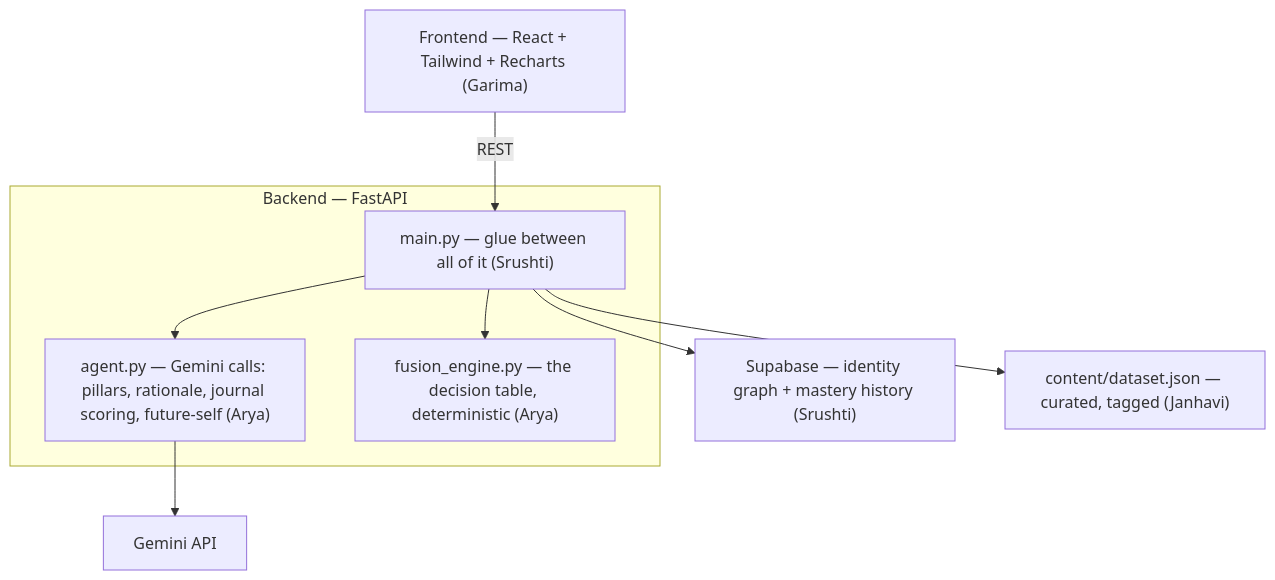
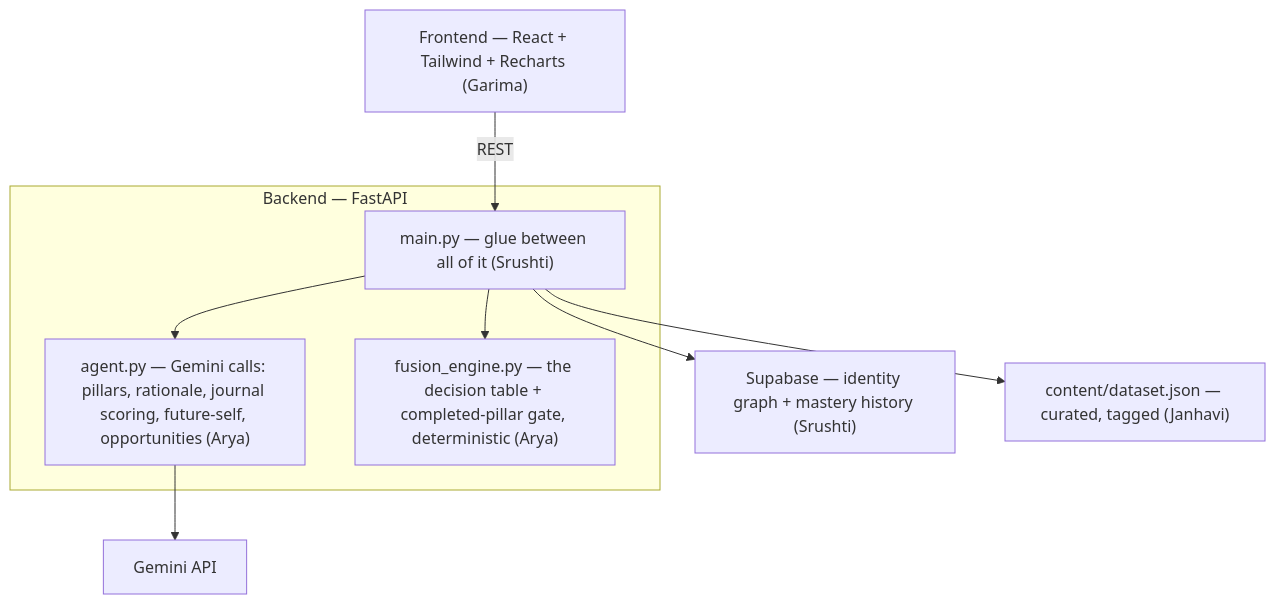
The diagram in README.md (Arya-Bodkhe/HBTM-Vectra), drawn with Mermaid before and after one commit. The commit also changed other lines of this file, not shown here.

First line of the commit message:
Revise README for clarity and add opportunities endpoint

````diff
--- a/README.md
+++ b/README.md
@@ -48,19 +60,18 @@
 ```mermaid
 flowchart TD
     FE["Frontend — React + Tailwind + Recharts (Garima)"]
     subgraph BE["Backend — FastAPI"]
-        AG["agent.py — Gemini calls: pillars, rationale, journal scoring, future-self (Arya)"]
-        FS["fusion_engine.py — the decision table, deterministic (Arya)"]
+        AG["agent.py — Gemini calls: pillars, rationale, journal scoring, future-self, opportunities (Arya)"]
+        FS["fusion_engine.py — the decision table + completed-pillar gate, deterministic (Arya)"]
         MAIN["main.py — glue between all of it (Srushti)"]
     end
     GEM["Gemini API"]
     SUP["Supabase — identity graph + mastery history (Srushti)"]
     CON["content/dataset.json — curated, tagged (Janhavi)"]
-
     FE -->|REST| MAIN
     MAIN --> AG
     MAIN --> FS
     AG --> GEM
     MAIN --> SUP
     MAIN --> CON
 ```
````
